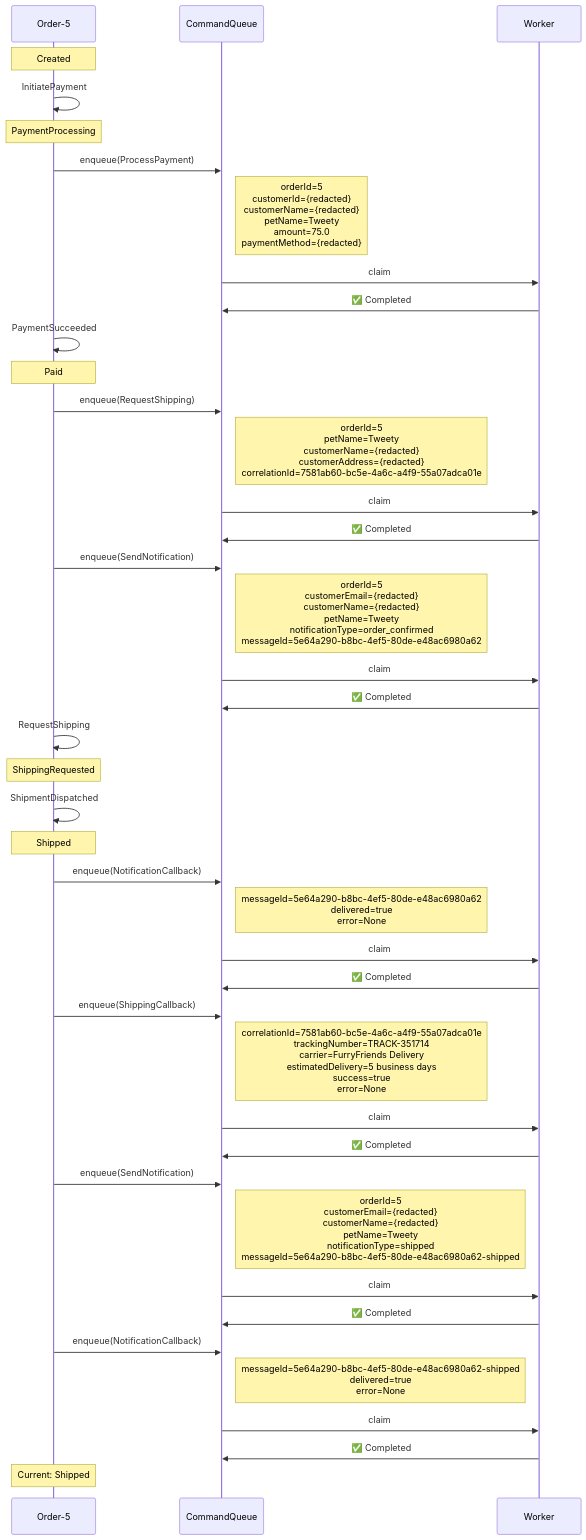
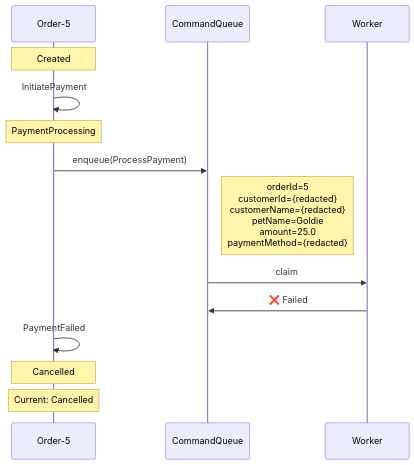
The first of 3 diagrams in docs/visualizations/order-5-trace.md (Iterable/mechanoid), drawn with Mermaid before and after one commit. The commit also changed other lines of this file and 6 other files, not shown here.

````diff
--- a/docs/visualizations/order-5-trace.md
+++ b/docs/visualizations/order-5-trace.md
@@ -11,46 +11,18 @@
 ```mermaid
 %%{init: {'themeCSS': '.noteText { text-align: left !important; }'}}%%
 sequenceDiagram
     participant FSM as Order-5
     participant CQ as CommandQueue
     participant W as Worker
 
     Note over FSM: Created
     FSM->>FSM: InitiatePayment
     Note over FSM: PaymentProcessing
     FSM->>CQ: enqueue(ProcessPayment)
-    Note right of CQ: orderId=5<br/>customerId={redacted}<br/>customerName={redacted}<br/>petName=Tweety<br/>amount=75.0<br/>paymentMethod={redacted}
+    Note right of CQ: orderId=5<br/>customerId={redacted}<br/>customerName={redacted}<br/>petName=Goldie<br/>amount=25.0<br/>paymentMethod={redacted}
     CQ->>W: claim
-    W->>CQ: ✅ Completed
-    FSM->>FSM: PaymentSucceeded
-    Note over FSM: Paid
-    FSM->>CQ: enqueue(RequestShipping)
-    Note right of CQ: orderId=5<br/>petName=Tweety<br/>customerName={redacted}<br/>customerAddress={redacted}<br/>correlationId=7581ab60-bc5e-4a6c-a4f9-55a07adca01e
-    CQ->>W: claim
-    W->>CQ: ✅ Completed
-    FSM->>CQ: enqueue(SendNotification)
-    Note right of CQ: orderId=5<br/>customerEmail={redacted}<br/>customerName={redacted}<br/>petName=Tweety<br/>notificationType=order_confirmed<br/>messageId=5e64a290-b8bc-4ef5-80de-e48ac6980a62
-    CQ->>W: claim
-    W->>CQ: ✅ Completed
-    FSM->>FSM: RequestShipping
-    Note over FSM: ShippingRequested
-    FSM->>FSM: ShipmentDispatched
-    Note over FSM: Shipped
-    FSM->>CQ: enqueue(NotificationCallback)
-    Note right of CQ: messageId=5e64a290-b8bc-4ef5-80de-e48ac6980a62<br/>delivered=true<br/>error=None
-    CQ->>W: claim
-    W->>CQ: ✅ Completed
-    FSM->>CQ: enqueue(ShippingCallback)
-    Note right of CQ: correlationId=7581ab60-bc5e-4a6c-a4f9-55a07adca01e<br/>trackingNumber=TRACK-351714<br/>carrier=FurryFriends Delivery<br/>estimatedDelivery=5 business days<br/>success=true<br/>error=None
-    CQ->>W: claim
-    W->>CQ: ✅ Completed
-    FSM->>CQ: enqueue(SendNotification)
-    Note right of CQ: orderId=5<br/>customerEmail={redacted}<br/>customerName={redacted}<br/>petName=Tweety<br/>notificationType=shipped<br/>messageId=5e64a290-b8bc-4ef5-80de-e48ac6980a62-shipped
-    CQ->>W: claim
-    W->>CQ: ✅ Completed
-    FSM->>CQ: enqueue(NotificationCallback)
-    Note right of CQ: messageId=5e64a290-b8bc-4ef5-80de-e48ac6980a62-shipped<br/>delivered=true<br/>error=None
-    CQ->>W: claim
-    W->>CQ: ✅ Completed
-    Note over FSM: Current: Shipped
+    W->>CQ: ❌ Failed
+    FSM->>FSM: PaymentFailed
+    Note over FSM: Cancelled
+    Note over FSM: Current: Cancelled
 ```
````
